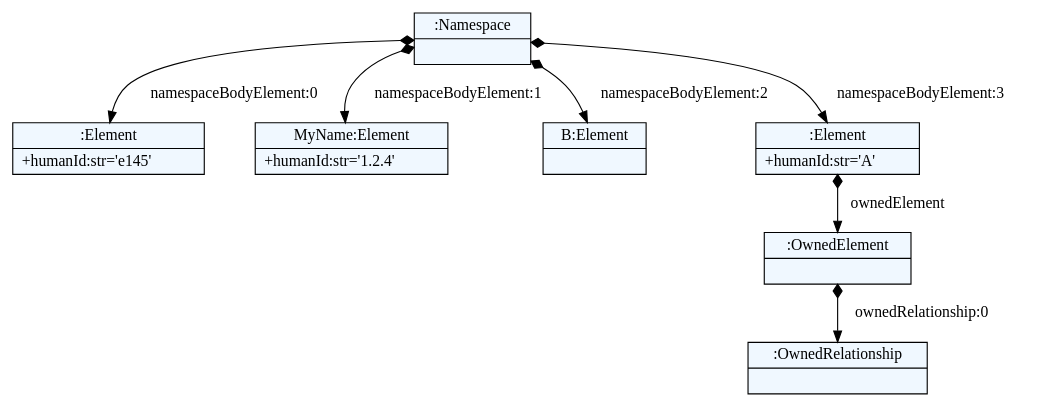
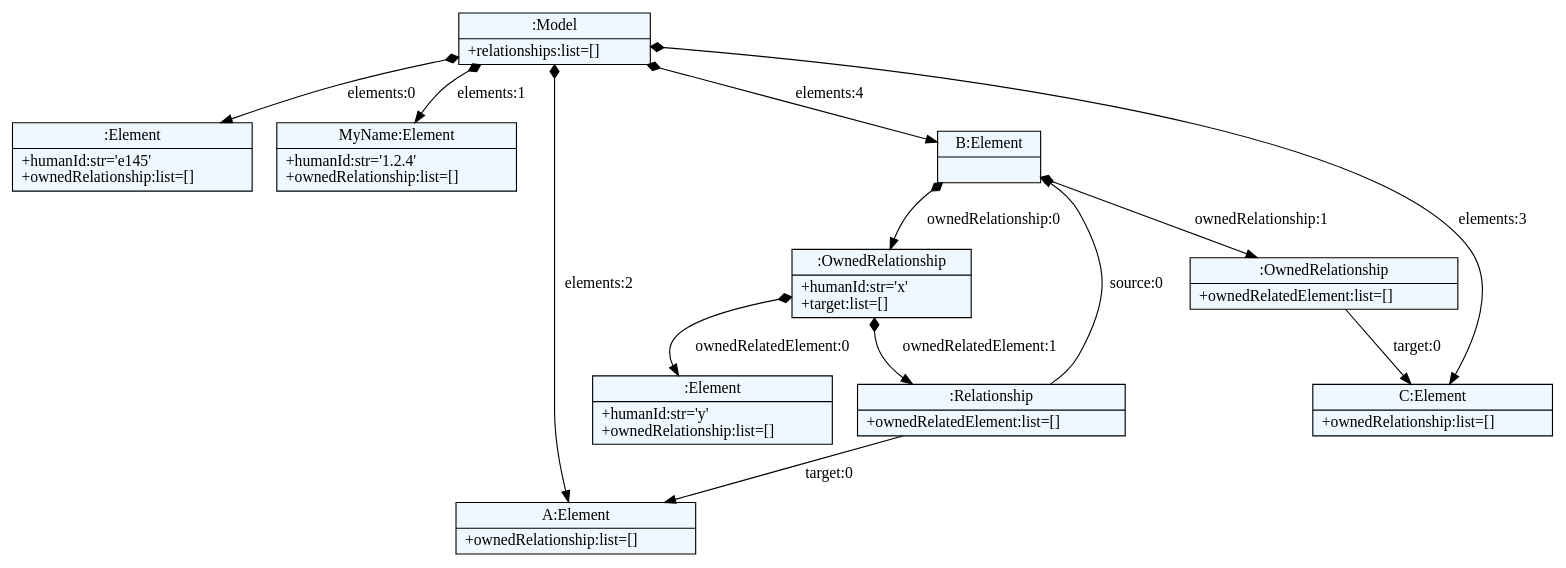
The diagram in kerml/kerml/grammar/root/dot_files/elements_mm.dot (EDKarlsson/SysML-v2-textX), drawn with Graphviz before and after one commit. The commit also changed 4 other files, not shown here.

```diff
--- a/kerml/kerml/grammar/root/dot_files/elements_mm.dot
+++ b/kerml/kerml/grammar/root/dot_files/elements_mm.dot
@@ -1,28 +1,37 @@
 
     digraph textX {
     fontname = "Bitstream Vera Sans"
     fontsize = 8
     node[
         shape=record,
         style=filled,
         fillcolor=aliceblue
     ]
     nodesep = 0.3
     edge[dir=black,arrowtail=empty]
 
 
-140522207517328 -> 140522207514832 [label="namespaceBodyElement:0" arrowtail=diamond dir=both]
-140522207514832[label="{:Element|+humanId:str='e145'\l}"]
-140522207517328 -> 140522207515120 [label="namespaceBodyElement:1" arrowtail=diamond dir=both]
-140522207515120[label="{MyName:Element|+humanId:str='1.2.4'\l}"]
-140522207517328 -> 140522207515024 [label="namespaceBodyElement:2" arrowtail=diamond dir=both]
-140522207515024[label="{B:Element|}"]
-140522207517328 -> 140522207515504 [label="namespaceBodyElement:3" arrowtail=diamond dir=both]
-140522207515504 -> 140522207515792 [label="ownedElement" arrowtail=diamond dir=both]
-140522207515792 -> 140522207516272 [label="ownedRelationship:0" arrowtail=diamond dir=both]
-140522207516272[label="{:OwnedRelationship|}"]
-140522207515792[label="{:OwnedElement|}"]
-140522207515504[label="{:Element|+humanId:str='A'\l}"]
-140522207517328[label="{:Namespace|}"]
+140376581254208 -> 140376581252576 [label="elements:0" arrowtail=diamond dir=both]
+140376581252576[label="{:Element|+humanId:str='e145'\l+ownedRelationship:list=[]\l}"]
+140376581254208 -> 140376581252960 [label="elements:1" arrowtail=diamond dir=both]
+140376581252960[label="{MyName:Element|+humanId:str='1.2.4'\l+ownedRelationship:list=[]\l}"]
+140376581254208 -> 140376581251664 [label="elements:2" arrowtail=diamond dir=both]
+140376581251664[label="{A:Element|+ownedRelationship:list=[]\l}"]
+140376581254208 -> 140376581253488 [label="elements:3" arrowtail=diamond dir=both]
+140376581253488[label="{C:Element|+ownedRelationship:list=[]\l}"]
+140376581254208 -> 140376581253440 [label="elements:4" arrowtail=diamond dir=both]
+140376581253440 -> 140376581251712 [label="ownedRelationship:0" arrowtail=diamond dir=both]
+140376581251712 -> 140376581253296 [label="ownedRelatedElement:0" arrowtail=diamond dir=both]
+140376581253296[label="{:Element|+humanId:str='y'\l+ownedRelationship:list=[]\l}"]
+140376581251712 -> 140376581251904 [label="ownedRelatedElement:1" arrowtail=diamond dir=both]
+140376581251904 -> 140376581253440 [label="source:0" ]
+140376581251904 -> 140376581251664 [label="target:0" ]
+140376581251904[label="{:Relationship|+ownedRelatedElement:list=[]\l}"]
+140376581251712[label="{:OwnedRelationship|+humanId:str='x'\l+target:list=[]\l}"]
+140376581253440 -> 140376581253152 [label="ownedRelationship:1" arrowtail=diamond dir=both]
+140376581253152 -> 140376581253488 [label="target:0" ]
+140376581253152[label="{:OwnedRelationship|+ownedRelatedElement:list=[]\l}"]
+140376581253440[label="{B:Element|}"]
+140376581254208[label="{:Model|+relationships:list=[]\l}"]
 
 }
```
